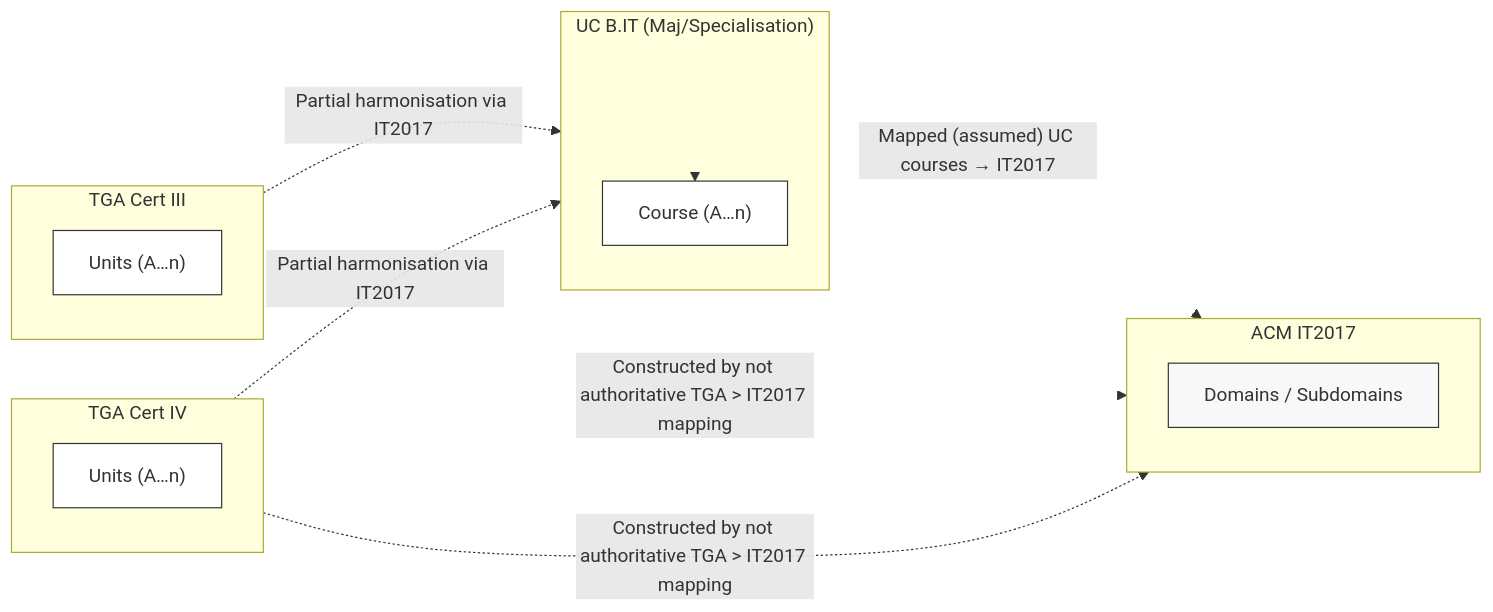
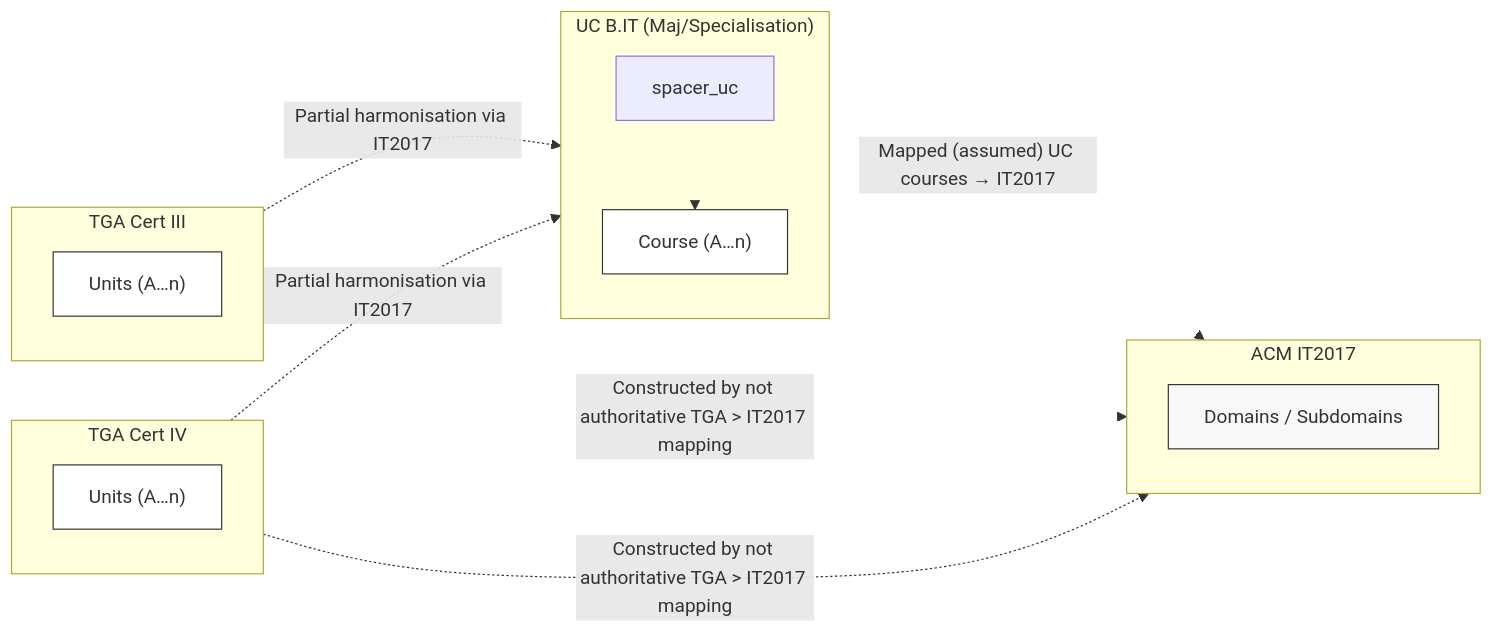
Before and after one commit to leskneebone/skills-SPARQL: the second of 3 diagrams in reports/creditTransferModels.md, drawn with Mermaid.

````diff
--- a/reports/creditTransferModels.md
+++ b/reports/creditTransferModels.md
@@ -41,40 +41,39 @@
 ```mermaid
 flowchart LR
   %% Diagram 2 — attempt mapping via IT2017 (helps HE more than VET)
 
   subgraph CertIII["TGA Cert III"]
     C3["Units (A…n)"]:::unit
   end
 
   subgraph CertIV["TGA Cert IV"]
     C4["Units (A…n)"]:::unit
   end
 
   subgraph UCBIT["UC B.IT (Maj/Specialisation)"]
-    spacer_uc[" "]:::spacer
     UC1["Course (A…n)"]:::unit
     spacer_uc --> UC1
   end
 
   subgraph IT2017["ACM IT2017"]
     KA["Domains / Subdomains"]:::scheme
   end
 
   %% HE aligns (assumed mapping)
   UCBIT -- "Mapped (assumed) UC courses → IT2017" --> IT2017
 
   %% VET: possible mapping, with no explicit IT2017 mapping
   CertIII -. "Constructed by not authoritative TGA > IT2017 mapping" .-> IT2017
   CertIV  -. "Constructed by not authoritative TGA > IT2017 mapping" .-> IT2017
 
   %% therefore crosswalk is still partial/uneven
   CertIII -. "Partial harmonisation via IT2017" .-> UCBIT
   CertIV  -. "Partial harmonisation via IT2017" .-> UCBIT
 
   classDef unit fill:#fff,stroke:#333,stroke-width:1px;
   classDef scheme fill:#f8f8f8,stroke:#333,stroke-width:1px;
   classDef spacer fill:none,stroke:none;
 
   %% Hide ONLY the internal spacer/stacking links (indices 0..2)
   linkStyle 0,1,2 stroke-width:0px;
 ```
````
